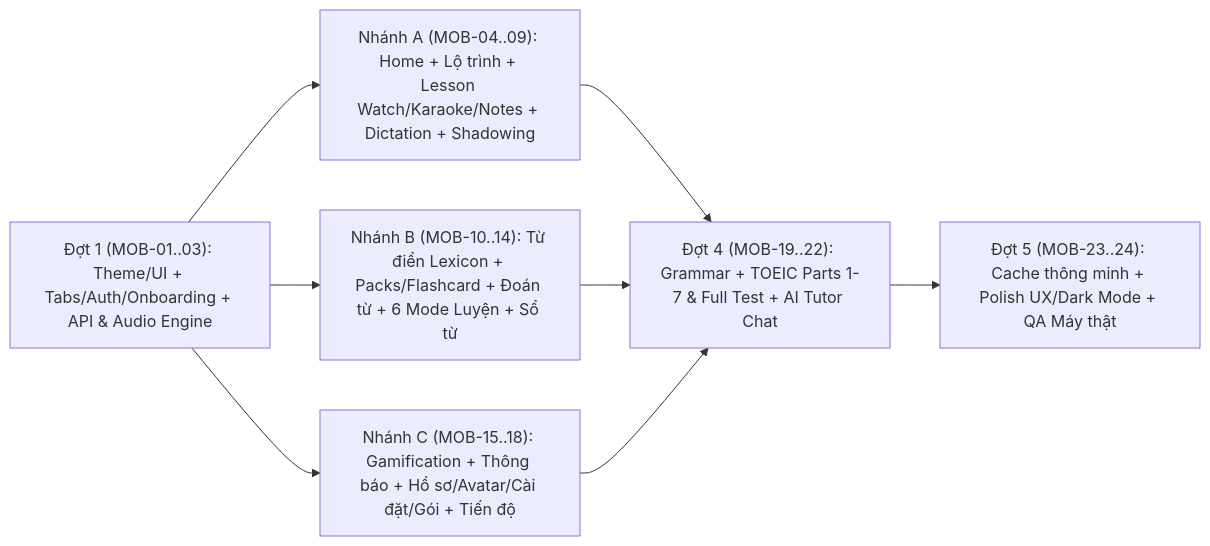
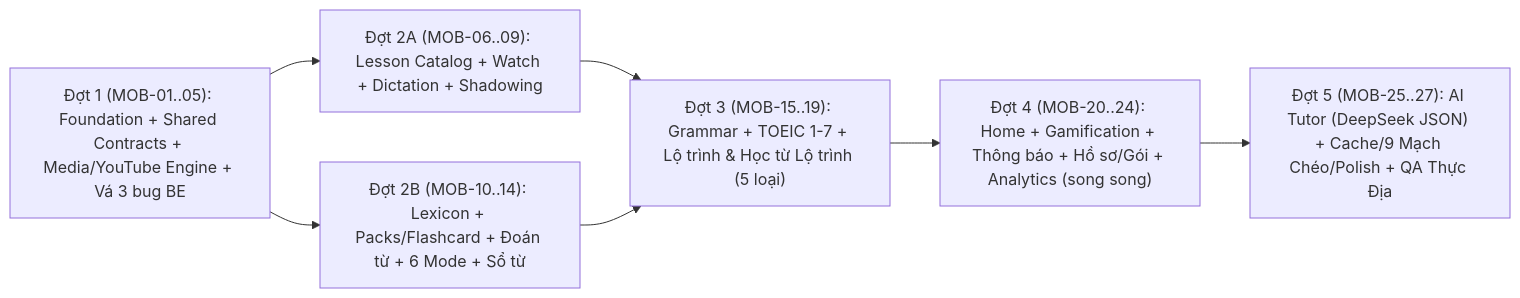
One commit to nrin31266/lyreo-platform changed the second of 2 diagrams in docs/mobile/HANDOFF_AND_BACKLOG.md. Above: the diagram before and after it, drawn with Mermaid. The commit also changed other lines of this file, not shown here.

Commit message:
docs(mobile): finalize 27-task DAG, RN-BE playbook, DeepSeek assessment, and full code audit

````diff
--- a/docs/mobile/HANDOFF_AND_BACKLOG.md
+++ b/docs/mobile/HANDOFF_AND_BACKLOG.md
@@ -124,10 +138,9 @@
 ```mermaid
 flowchart LR
-  D1["Đợt 1 (MOB-01..03): Theme/UI + Tabs/Auth/Onboarding + API & Audio Engine"] --> N1["Nhánh A (MOB-04..09): Home + Lộ trình + Lesson Watch/Karaoke/Notes + Dictation + Shadowing"]
-  D1 --> N2["Nhánh B (MOB-10..14): Từ điển Lexicon + Packs/Flashcard + Đoán từ + 6 Mode Luyện + Sổ từ"]
-  D1 --> N3["Nhánh C (MOB-15..18): Gamification + Thông báo + Hồ sơ/Avatar/Cài đặt/Gói + Tiến độ"]
-  N1 --> D4["Đợt 4 (MOB-19..22): Grammar + TOEIC Parts 1-7 & Full Test + AI Tutor Chat"]
-  N2 --> D4
-  N3 --> D4
-  D4 --> D5["Đợt 5 (MOB-23..24): Cache thông minh + Polish UX/Dark Mode + QA Máy thật"]
+  D1["Đợt 1 (MOB-01..05): Foundation + Shared Contracts + Media/YouTube Engine + Vá 3 bug BE"] --> L["Đợt 2A (MOB-06..09): Lesson Catalog + Watch + Dictation + Shadowing"]
+  D1 --> V["Đợt 2B (MOB-10..14): Lexicon + Packs/Flashcard + Đoán từ + 6 Mode + Sổ từ"]
+  L --> D3["Đợt 3 (MOB-15..19): Grammar + TOEIC 1-7 + Lộ trình & Học từ Lộ trình (5 loại)"]
+  V --> D3
+  D3 --> D4["Đợt 4 (MOB-20..24): Home + Gamification + Thông báo + Hồ sơ/Gói + Analytics (song song)"]
+  D4 --> D5["Đợt 5 (MOB-25..27): AI Tutor (DeepSeek JSON) + Cache/9 Mạch Chéo/Polish + QA Thực Địa"]
 ```
````
